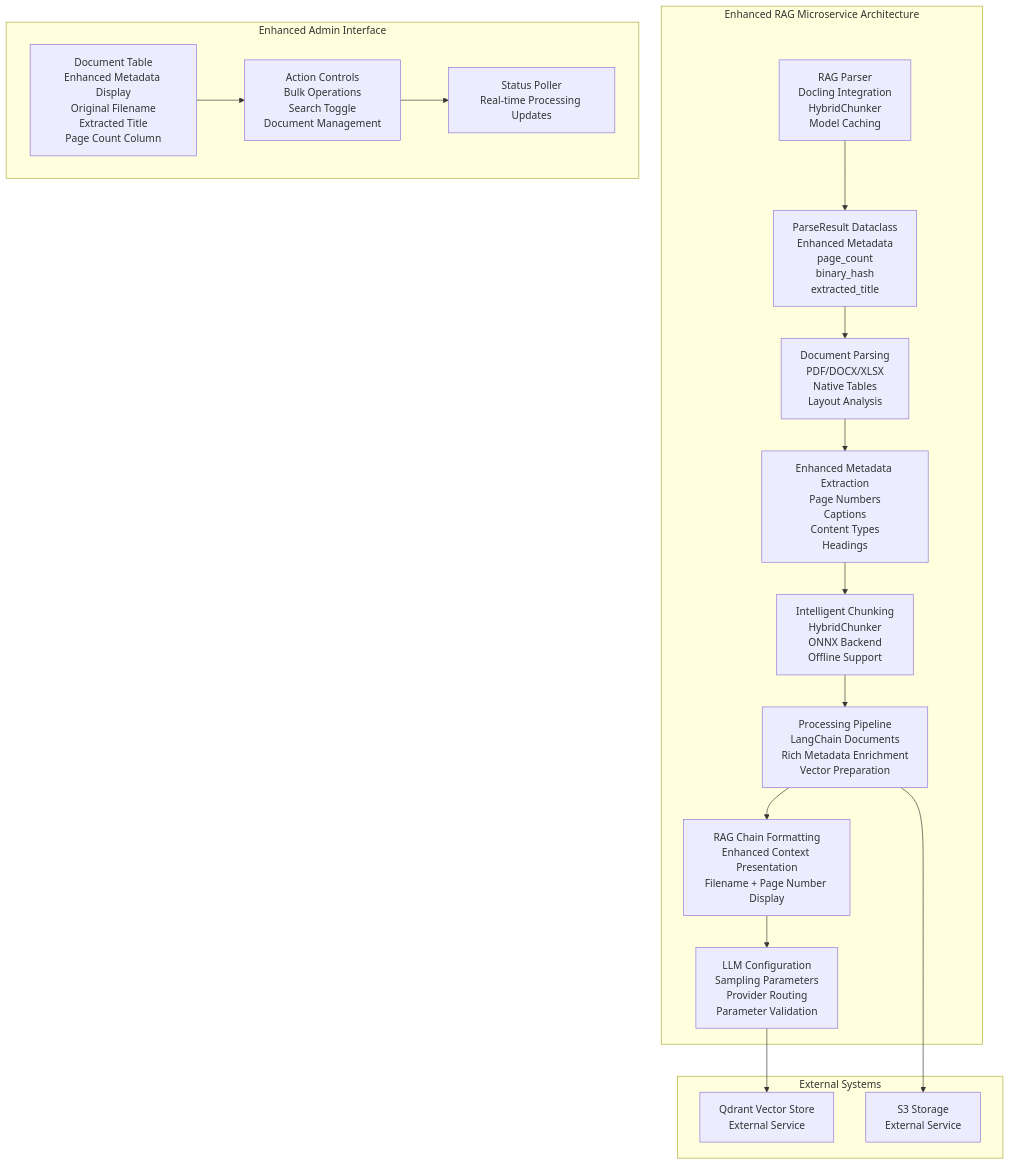
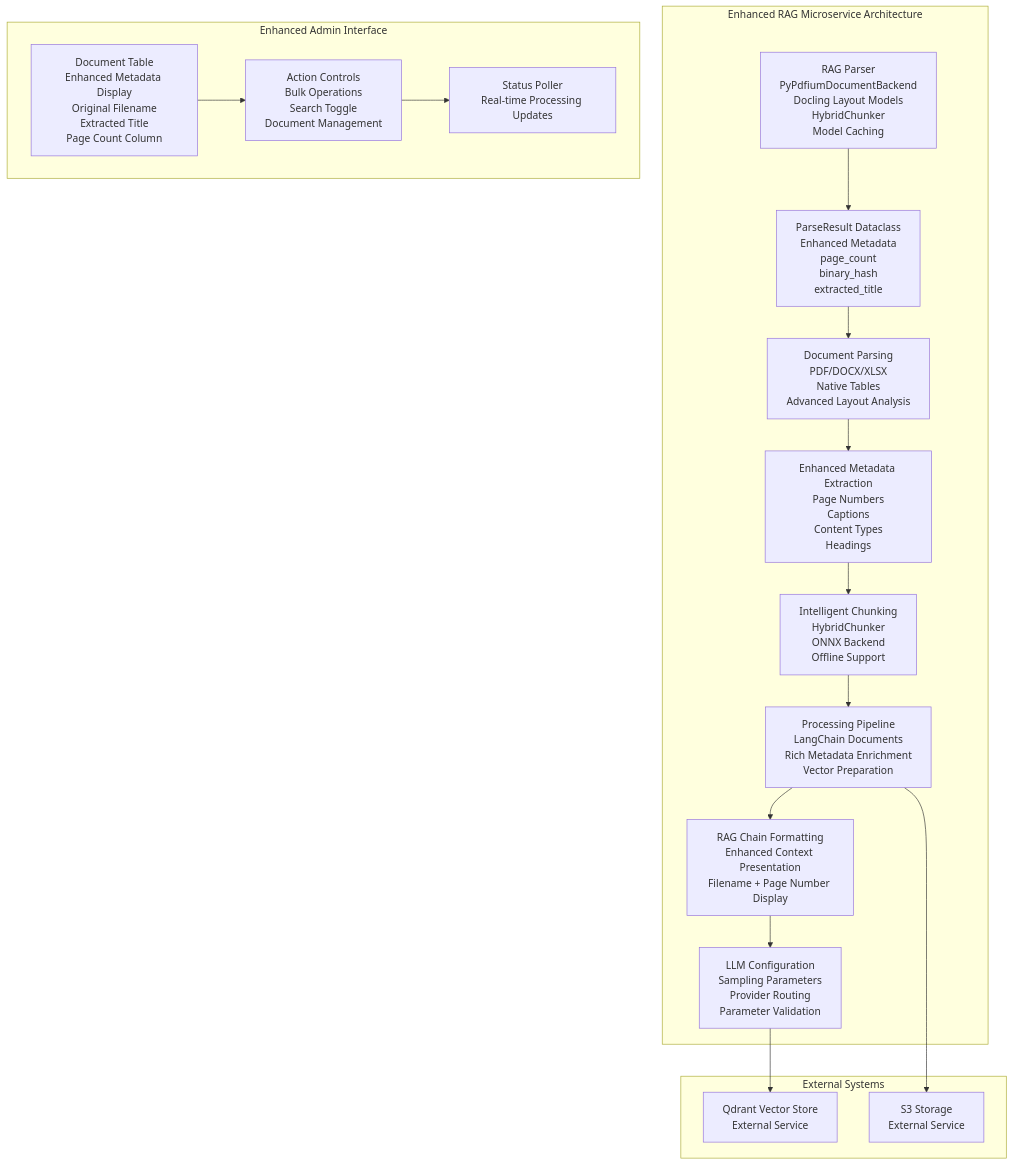
The first of 14 diagrams in .qoder/repowiki/en/content/RAG Integration/RAG Parser Enhancement.md (ognelis/cafetera_hr_bot), drawn with Mermaid before and after one commit. The commit also changed other lines of this file and 12 other files, not shown here.

````diff
--- a/.qoder/repowiki/en/content/RAG Integration/RAG Parser Enhancement.md
+++ b/.qoder/repowiki/en/content/RAG Integration/RAG Parser Enhancement.md
@@ -58,33 +59,33 @@
 ```mermaid
 graph TB
 subgraph "Enhanced RAG Microservice Architecture"
-RAG_PARSER["RAG Parser<br/>Docling Integration<br/>HybridChunker<br/>Model Caching"]
+RAG_PARSER["RAG Parser<br/>PyPdfiumDocumentBackend<br/>Docling Layout Models<br/>HybridChunker<br/>Model Caching"]
 PARSE_RESULT["ParseResult Dataclass<br/>Enhanced Metadata<br/>page_count<br/>binary_hash<br/>extracted_title"]
-DOC_PARSING["Document Parsing<br/>PDF/DOCX/XLSX<br/>Native Tables<br/>Layout Analysis"]
+DOC_PARSING["Document Parsing<br/>PDF/DOCX/XLSX<br/>Native Tables<br/>Advanced Layout Analysis"]
 METADATA_EXTRACTION["Enhanced Metadata Extraction<br/>Page Numbers<br/>Captions<br/>Content Types<br/>Headings"]
 CHUNKING["Intelligent Chunking<br/>HybridChunker<br/>ONNX Backend<br/>Offline Support"]
 PROCESSING["Processing Pipeline<br/>LangChain Documents<br/>Rich Metadata Enrichment<br/>Vector Preparation"]
 RAG_CHAIN["RAG Chain Formatting<br/>Enhanced Context Presentation<br/>Filename + Page Number Display"]
 LLM_CONFIG["LLM Configuration<br/>Sampling Parameters<br/>Provider Routing<br/>Parameter Validation"]
 end
 subgraph "Enhanced Admin Interface"
 DOCUMENT_TABLE["Document Table<br/>Enhanced Metadata Display<br/>Original Filename<br/>Extracted Title<br/>Page Count Column"]
 STATUS_POLLER["Status Poller<br/>Real-time Processing Updates"]
 ACTION_CONTROLS["Action Controls<br/>Bulk Operations<br/>Search Toggle<br/>Document Management"]
 end
 subgraph "External Systems"
 QDRANT["Qdrant Vector Store<br/>External Service"]
 S3["S3 Storage<br/>External Service"]
 end
 RAG_PARSER --> PARSE_RESULT
 PARSE_RESULT --> DOC_PARSING
 DOC_PARSING --> METADATA_EXTRACTION
 METADATA_EXTRACTION --> CHUNKING
 CHUNKING --> PROCESSING
 PROCESSING --> RAG_CHAIN
 RAG_CHAIN --> LLM_CONFIG
 LLM_CONFIG --> QDRANT
 PROCESSING --> S3
 DOCUMENT_TABLE --> ACTION_CONTROLS
 ACTION_CONTROLS --> STATUS_POLLER
 ```
````
